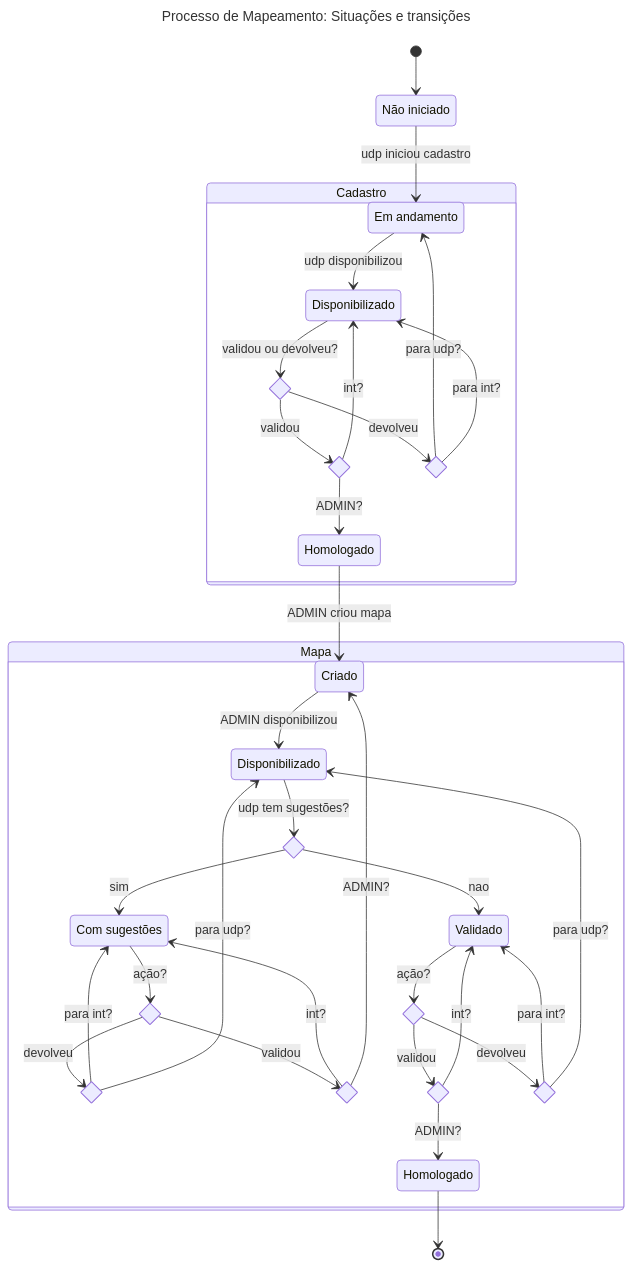
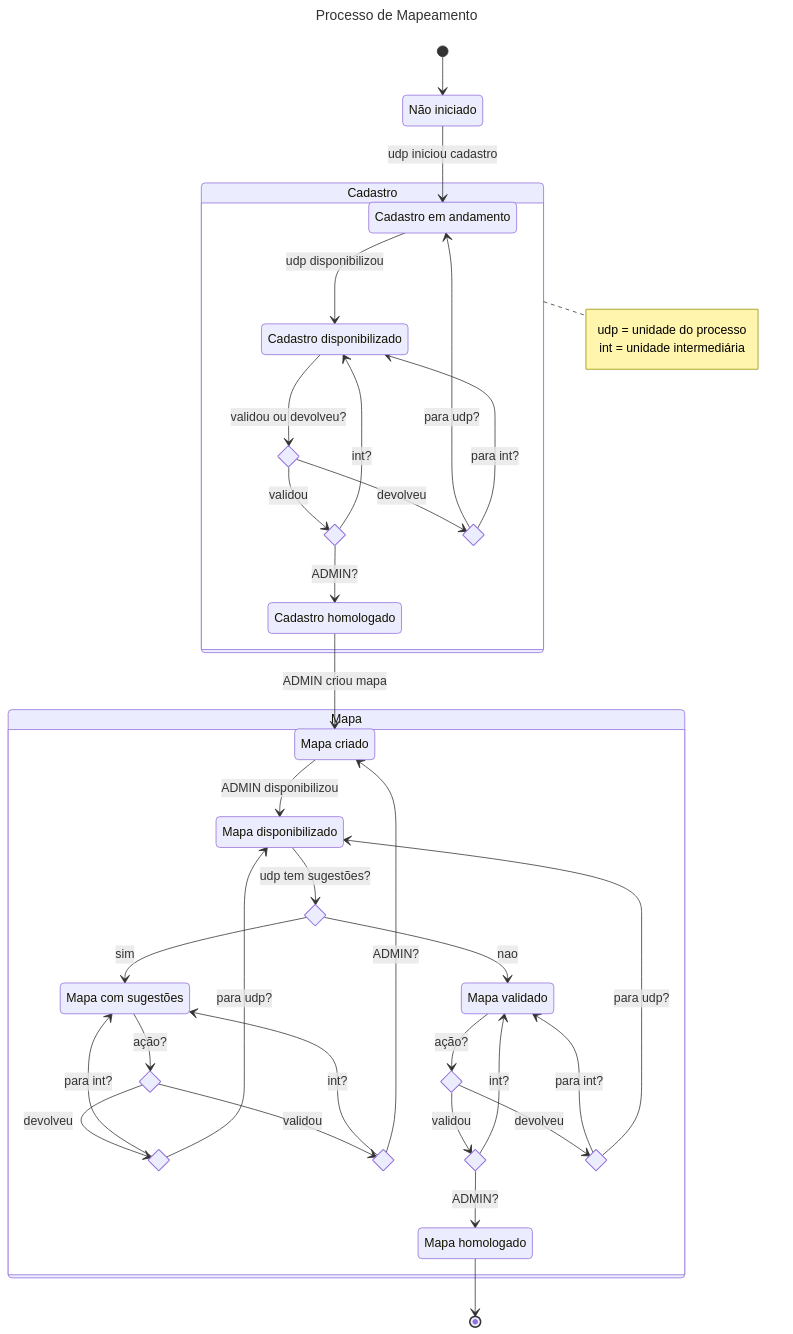
Before and after one commit to lgalvao/sgc: the first of 2 diagrams in etc/reqs/_intro.md, drawn with Mermaid. The commit also changed other lines of this file and 25 other files, not shown here.

````diff
--- a/etc/reqs/_intro.md
+++ b/etc/reqs/_intro.md
@@ -81,6 +76,6 @@
 ```mermaid
 ---
-title: "Processo de Mapeamento: Situações e transições"
+title: "Processo de Mapeamento"
 ---
 
 stateDiagram-v2
@@ -89,10 +84,15 @@
     [*] --> NaoIniciado
     NaoIniciado --> CadastroEmAndamento: udp iniciou cadastro
 
+    note right of Cadastro
+        udp = unidade do processo
+        int = unidade intermediária
+    end note
+
     state Cadastro {
-        CadastroEmAndamento: Em andamento
-        CadastroDisponibilizado: Disponibilizado
-        CadastroHomologado: Homologado
+        CadastroEmAndamento: Cadastro em andamento
+        CadastroDisponibilizado: Cadastro disponibilizado
+        CadastroHomologado: Cadastro homologado
 
         state DecisaoValidacao <<choice>>
         state DecisaoDevolucao <<choice>>
@@ -114,11 +114,11 @@
     }
 
     state Mapa {
-        MapaCriado: Criado
-        MapaDisponibilizado: Disponibilizado
-        MapaValidado: Validado
-        MapaComSugestoes: Com sugestões
-        MapaHomologado: Homologado
+        MapaCriado: Mapa criado
+        MapaDisponibilizado: Mapa disponibilizado
+        MapaValidado: Mapa validado
+        MapaComSugestoes: Mapa com sugestões
+        MapaHomologado: Mapa homologado
 
         state DecisaoSugestoes <<choice>>
 
````
